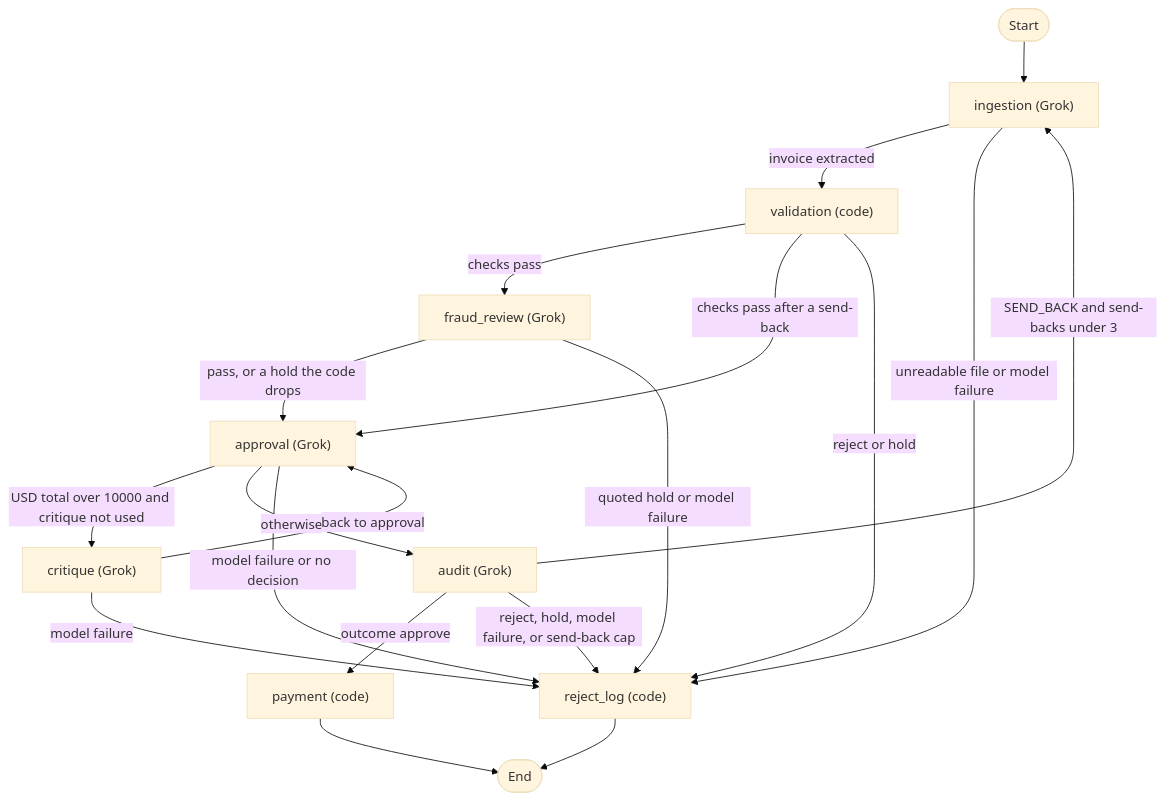
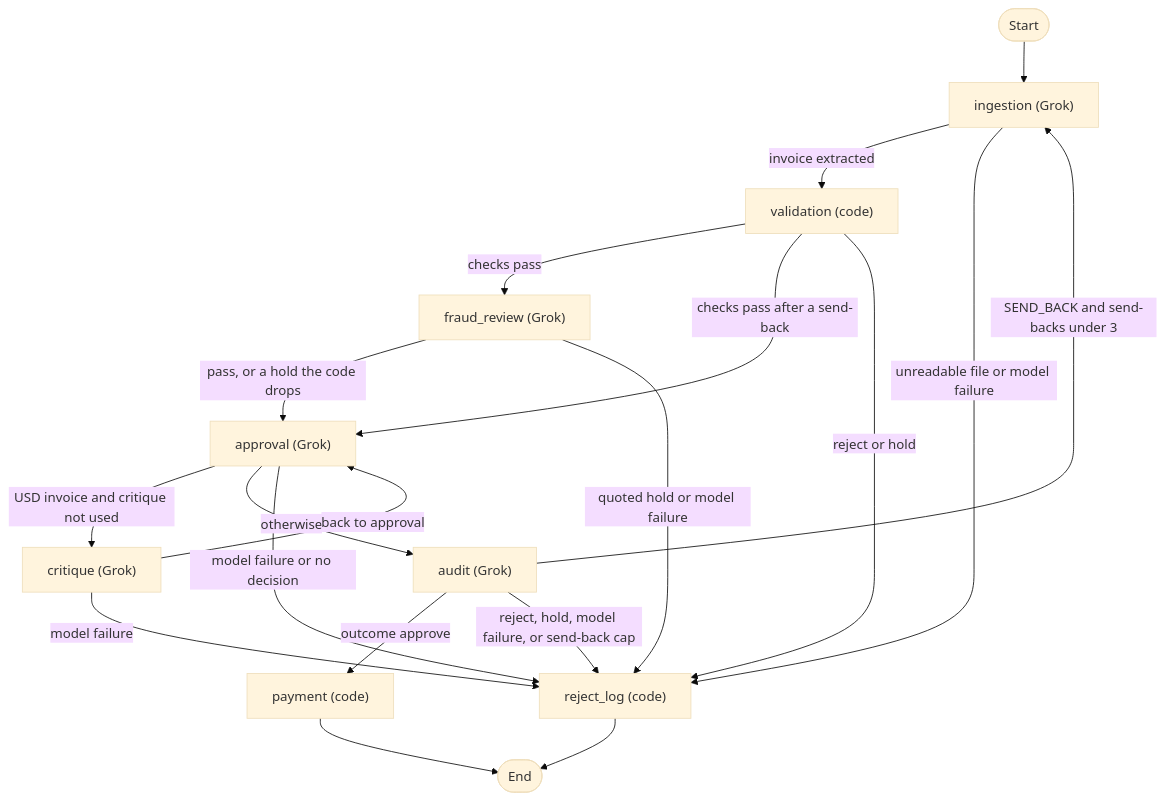
The diagram in README.md (timothytracy/galatiq-case-invoices), drawn with Mermaid (base theme) before and after one commit. The commit also changed other lines of this file and 38 other files, not shown here.

````diff
--- a/README.md
+++ b/README.md
@@ -160,30 +160,30 @@
 ```mermaid
 flowchart TD
   startNode([Start]) --> ingestion
   ingestion["ingestion (Grok)"]
   validation["validation (code)"]
   fraudReview["fraud_review (Grok)"]
   approval["approval (Grok)"]
   critique["critique (Grok)"]
   audit["audit (Grok)"]
   payment["payment (code)"]
   rejectLog["reject_log (code)"]
   finishNode([End])
   ingestion -->|"invoice extracted"| validation
   ingestion -->|"unreadable file or model failure"| rejectLog
   validation -->|"checks pass"| fraudReview
   validation -->|"checks pass after a send-back"| approval
   fraudReview -->|"pass, or a hold the code drops"| approval
   fraudReview -->|"quoted hold or model failure"| rejectLog
   validation -->|"reject or hold"| rejectLog
-  approval -->|"USD total over 10000 and critique not used"| critique
+  approval -->|"USD invoice and critique not used"| critique
   approval -->|"otherwise"| audit
   approval -->|"model failure or no decision"| rejectLog
   critique -->|"back to approval"| approval
   critique -->|"model failure"| rejectLog
   audit -->|"SEND_BACK and send-backs under 3"| ingestion
   audit -->|"outcome approve"| payment
   audit -->|"reject, hold, model failure, or send-back cap"| rejectLog
   payment --> finishNode
   rejectLog --> finishNode
 ```
````
